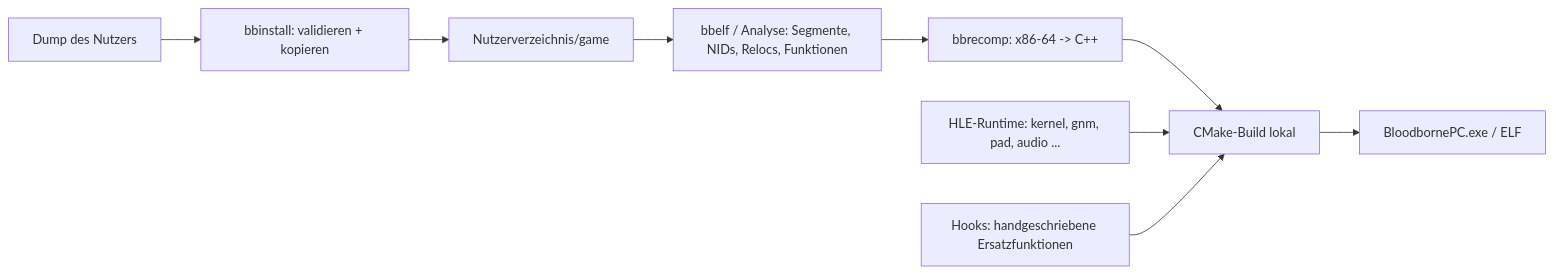
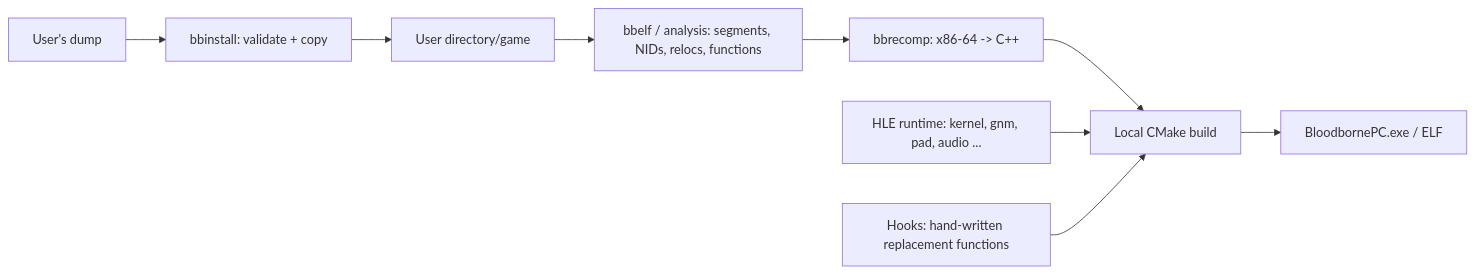
The diagram in docs/ARCHITECTURE.md (Astrr00/BloodbornePC), drawn with Mermaid before and after one commit. The commit also changed other lines of this file and 1 other file, not shown here.

Commit message:
docs: translate ARCHITECTURE.md and manifests/README.md to English

````diff
--- a/docs/ARCHITECTURE.md
+++ b/docs/ARCHITECTURE.md
@@ -19,11 +19,11 @@
 ```mermaid
 flowchart LR
-  D[Dump des Nutzers] --> I[bbinstall: validieren + kopieren]
-  I --> G[Nutzerverzeichnis/game]
-  G --> A[bbelf / Analyse: Segmente, NIDs, Relocs, Funktionen]
+  D[User's dump] --> I[bbinstall: validate + copy]
+  I --> G[User directory/game]
+  G --> A[bbelf / analysis: segments, NIDs, relocs, functions]
   A --> R[bbrecomp: x86-64 -> C++]
-  R --> B[CMake-Build lokal]
-  H[HLE-Runtime: kernel, gnm, pad, audio ...] --> B
-  K[Hooks: handgeschriebene Ersatzfunktionen] --> B
+  R --> B[Local CMake build]
+  H[HLE runtime: kernel, gnm, pad, audio ...] --> B
+  K[Hooks: hand-written replacement functions] --> B
   B --> E[BloodbornePC.exe / ELF]
 ```
````
